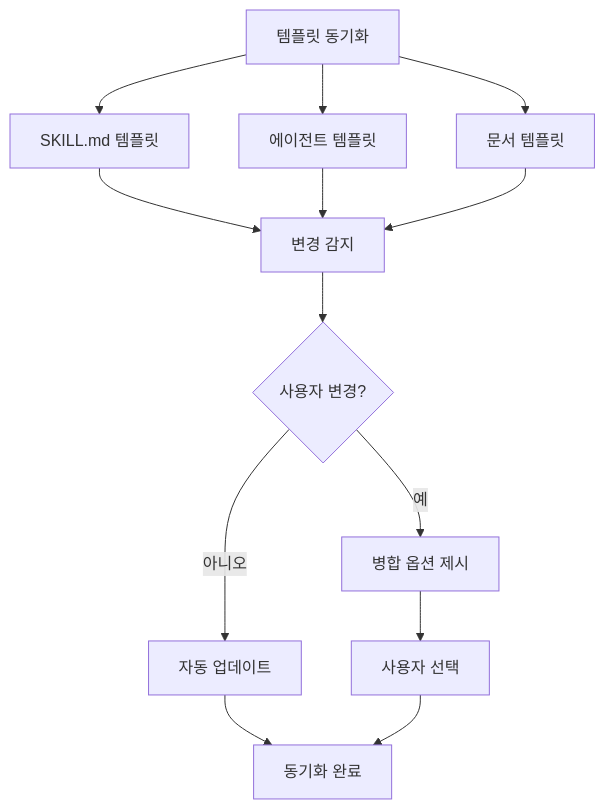
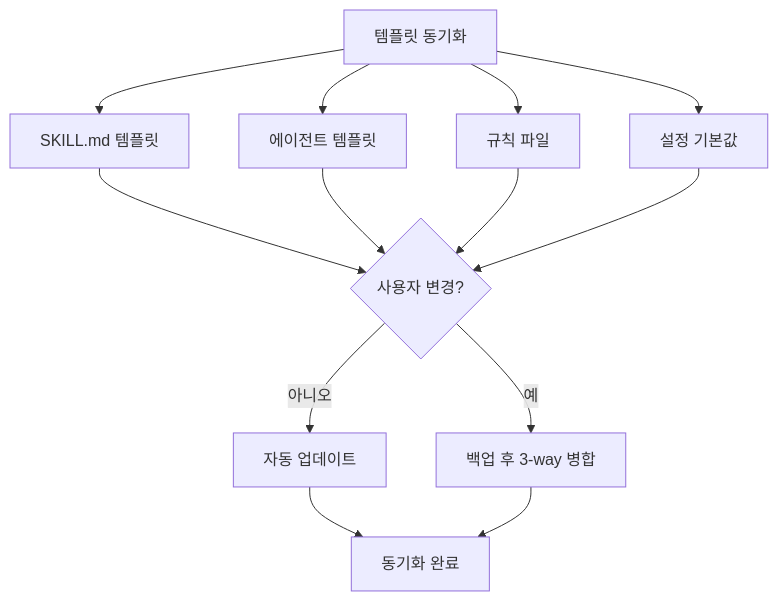
Before and after one commit to modu-ai/moai-adk: the second of 2 diagrams in docs-site/content/ko/getting-started/update.md, drawn with Mermaid. The commit also changed other lines of this file and 180 other files, not shown here.

````diff
--- a/docs-site/content/ko/getting-started/update.md
+++ b/docs-site/content/ko/getting-started/update.md
@@ -166,19 +100,18 @@
 ```mermaid
 graph TD
-    A[템플릿 동기화] --> B[SKILL.md 템플릿]
-    A --> C[에이전트 템플릿]
-    A --> D[문서 템플릿]
+    A["템플릿 동기화"] --> B["SKILL.md 템플릿"]
+    A --> C["에이전트 템플릿"]
+    A --> D["규칙 파일"]
+    A --> E["설정 기본값"]
 
-    B --> E[변경 감지]
-    C --> E
-    D --> E
+    B --> F{"사용자 변경?"}
+    C --> F
+    D --> F
+    E --> F
 
-    E --> F{사용자 변경?}
+    F -->|"아니오"| G["자동 업데이트"]
+    F -->|"예"| H["백업 후 3-way 병합"]
 
-    F -->|아니오| G[자동 업데이트]
-    F -->|예| H[병합 옵션 제시]
-
-    G --> I[동기화 완료]
-    H --> J[사용자 선택]
-    J --> I
+    G --> I["동기화 완료"]
+    H --> I
 ```
````
